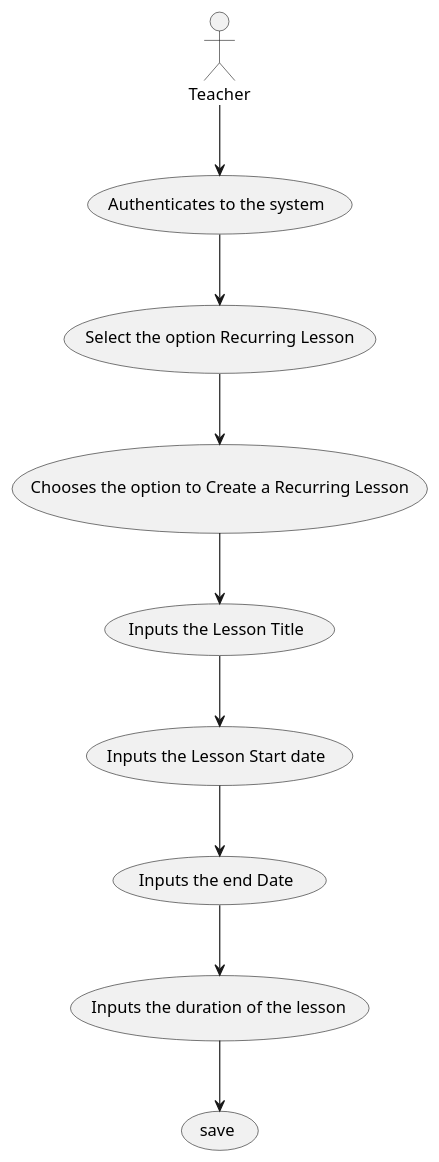
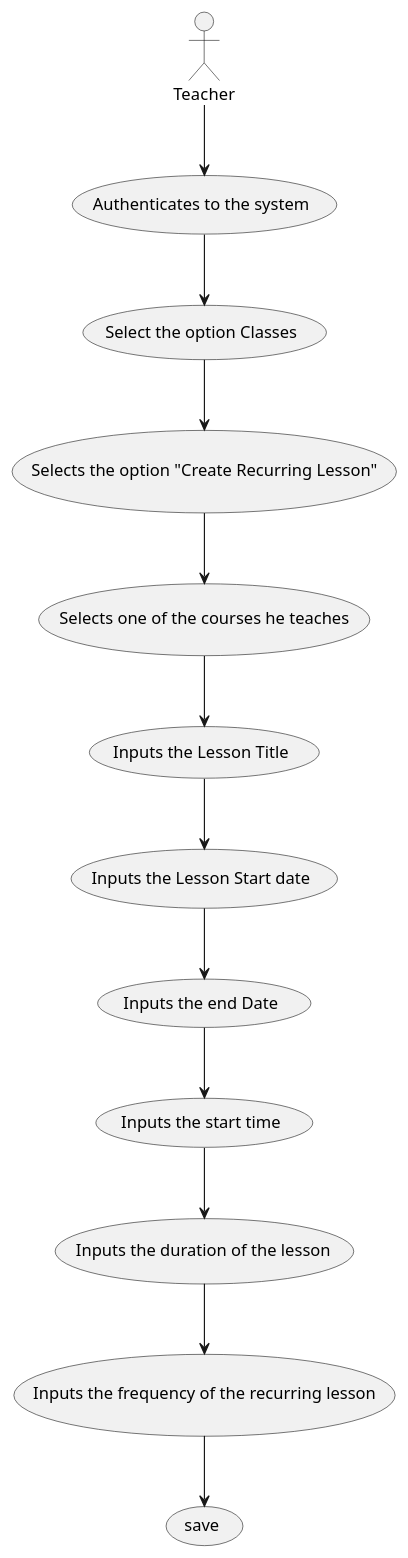
Before and after one commit to mascenso/isep-sem4-lapr4: the diagram in docs/SPRINT B/US1010 - Schedule Class/US1010-UCD.puml, drawn with PlantUML. The commit also changed 7 other files, not shown here.

```diff
--- a/docs/SPRINT B/US1010 - Schedule Class/US1010-UCD.puml
+++ b/docs/SPRINT B/US1010 - Schedule Class/US1010-UCD.puml
@@ -1,18 +1,21 @@
 @startuml
 'https://plantuml.com/use-case-diagram
 
 
 
 
 actor Teacher
     Teacher -down-> (Authenticates to the system)
-    (Authenticates to the system) --> (Select the option Recurring Lesson)
-    (Select the option Recurring Lesson) --> (Chooses the option to Create a Recurring Lesson)
-    (Chooses the option to Create a Recurring Lesson) --> (Inputs the Lesson Title)
+    (Authenticates to the system) --> (Select the option Classes)
+    (Select the option Classes) --> (Selects the option "Create Recurring Lesson")
+    (Selects the option "Create Recurring Lesson") --> (Selects one of the courses he teaches)
+    (Selects one of the courses he teaches) --> (Inputs the Lesson Title)
     (Inputs the Lesson Title) --> (Inputs the Lesson Start date)
     (Inputs the Lesson Start date) --> (Inputs the end Date)
-    (Inputs the end Date) --> (Inputs the duration of the lesson)
-    (Inputs the duration of the lesson) --> (save)
+    (Inputs the end Date) --> (Inputs the start time)
+    (Inputs the start time) --> (Inputs the duration of the lesson)
+    (Inputs the duration of the lesson) --> (Inputs the frequency of the recurring lesson)
+    (Inputs the frequency of the recurring lesson) --> (save)
 
 
 @enduml
```
